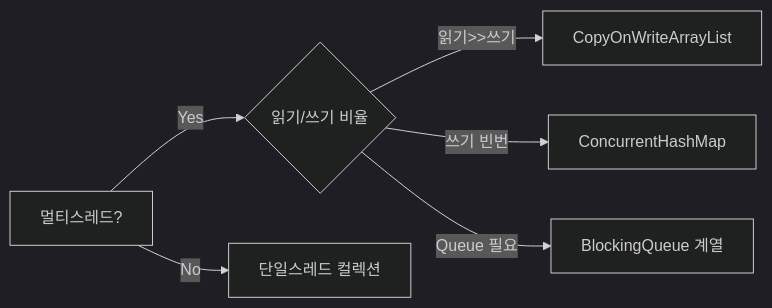
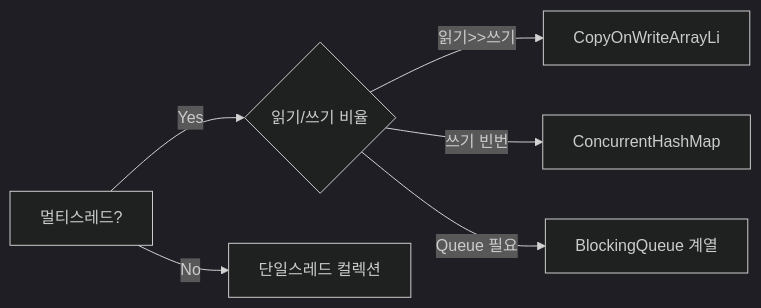
One commit to yjkim2015/yjkim2015.github.io changed the sixth of 6 diagrams in _posts/java/2026-05-01-java-collections.md. Above: the diagram before and after it, drawn with Mermaid (dark theme). The commit also changed other lines of this file and 245 other files, not shown here.

First line of the commit message:
Mermaid 다이어그램 전면 수정 + 면접 포인트 접기/펼치기 + DB 데드락 페이지

````diff
--- a/_posts/java/2026-05-01-java-collections.md
+++ b/_posts/java/2026-05-01-java-collections.md
@@ -1279,8 +1283,8 @@
 ```mermaid
 graph LR
     MT["멀티스레드?"] -->|Yes| RW{"읽기/쓰기 비율"}
     MT -->|No| ST["단일스레드 컬렉션"]
-    RW -->|"읽기>>쓰기"| COW["CopyOnWriteArrayList"]
+    RW -->|"읽기>>쓰기"| COW["CopyOnWriteArrayLi"]
     RW -->|"쓰기 빈번"| CHM["ConcurrentHashMap"]
     RW -->|"Queue 필요"| BQ["BlockingQueue 계열"]
 ```
````
